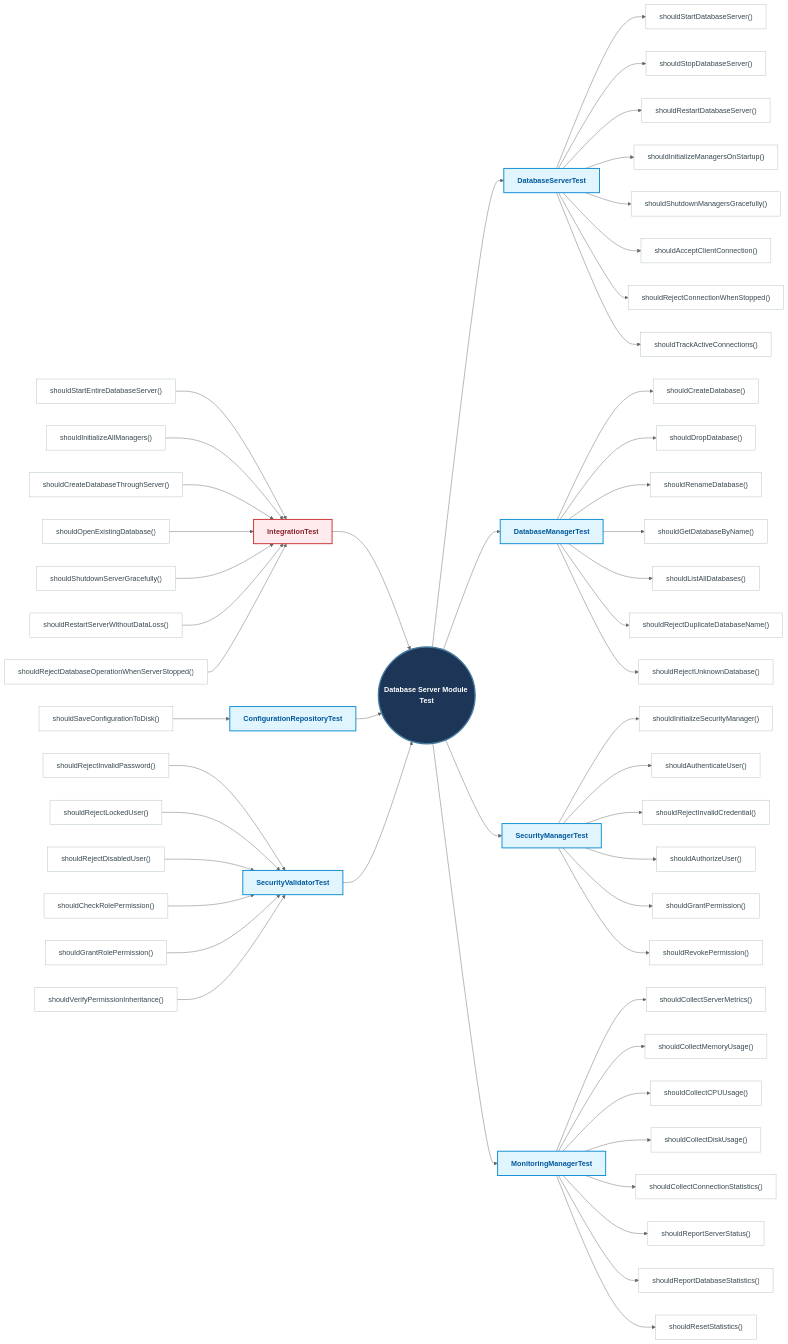
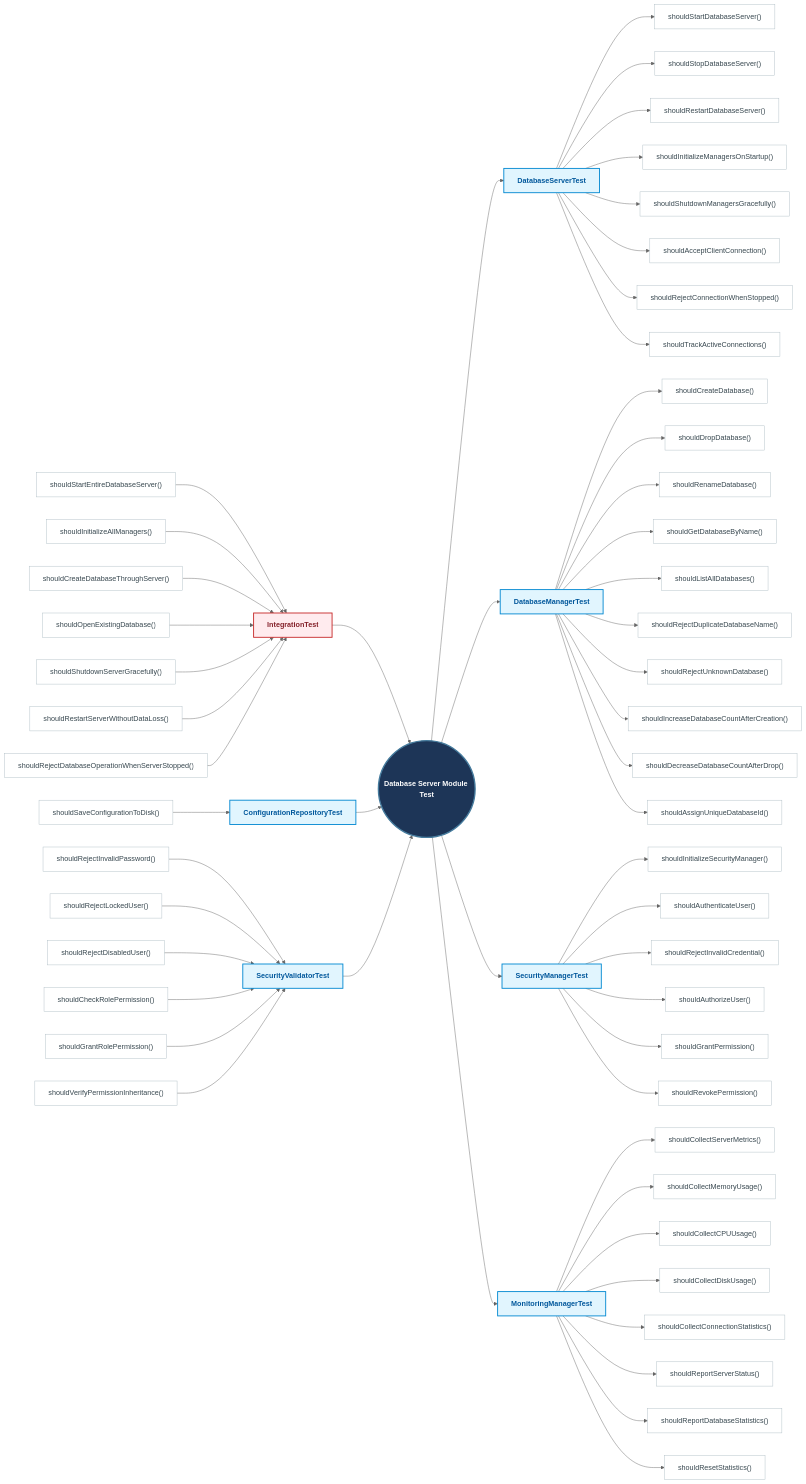
Before and after one commit to Huy1801214/dbms-architecture: the fourth of 20 diagrams in docs/README.md, drawn with Mermaid (neutral theme). The commit also changed 7 other files, not shown here.

```diff
--- a/docs/README.md
+++ b/docs/README.md
@@ -649,6 +649,12 @@
     DATABASEMANAGERTEST --> databasemanagertest_6
     databasemanagertest_7["shouldRejectUnknownDatabase()"]:::leafStyle
     DATABASEMANAGERTEST --> databasemanagertest_7
+    databasemanagertest_8["shouldIncreaseDatabaseCountAfterCreation()"]:::leafStyle
+    DATABASEMANAGERTEST --> databasemanagertest_8
+    databasemanagertest_9["shouldDecreaseDatabaseCountAfterDrop()"]:::leafStyle
+    DATABASEMANAGERTEST --> databasemanagertest_9
+    databasemanagertest_10["shouldAssignUniqueDatabaseId()"]:::leafStyle
+    DATABASEMANAGERTEST --> databasemanagertest_10
 
     %% SecurityManagerTest methods
     securitymanagertest_1["shouldInitializeSecurityManager()"]:::leafStyle
```
